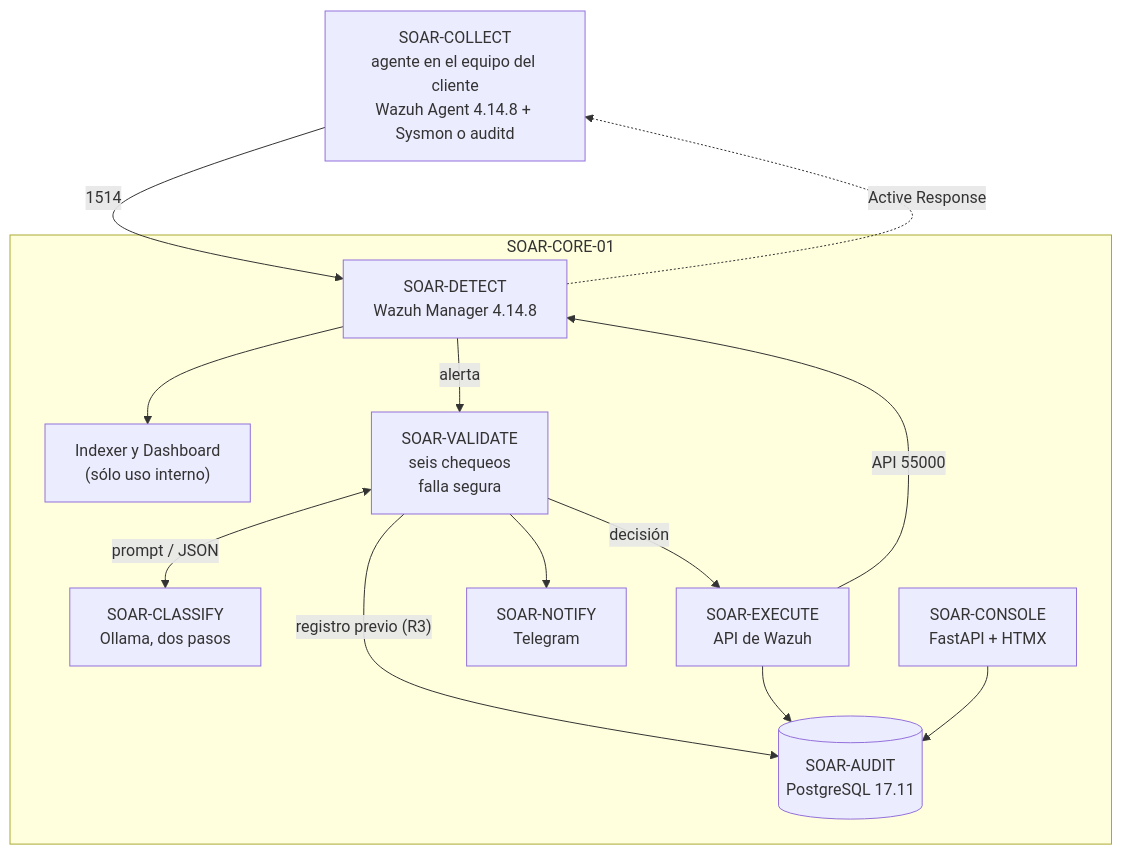
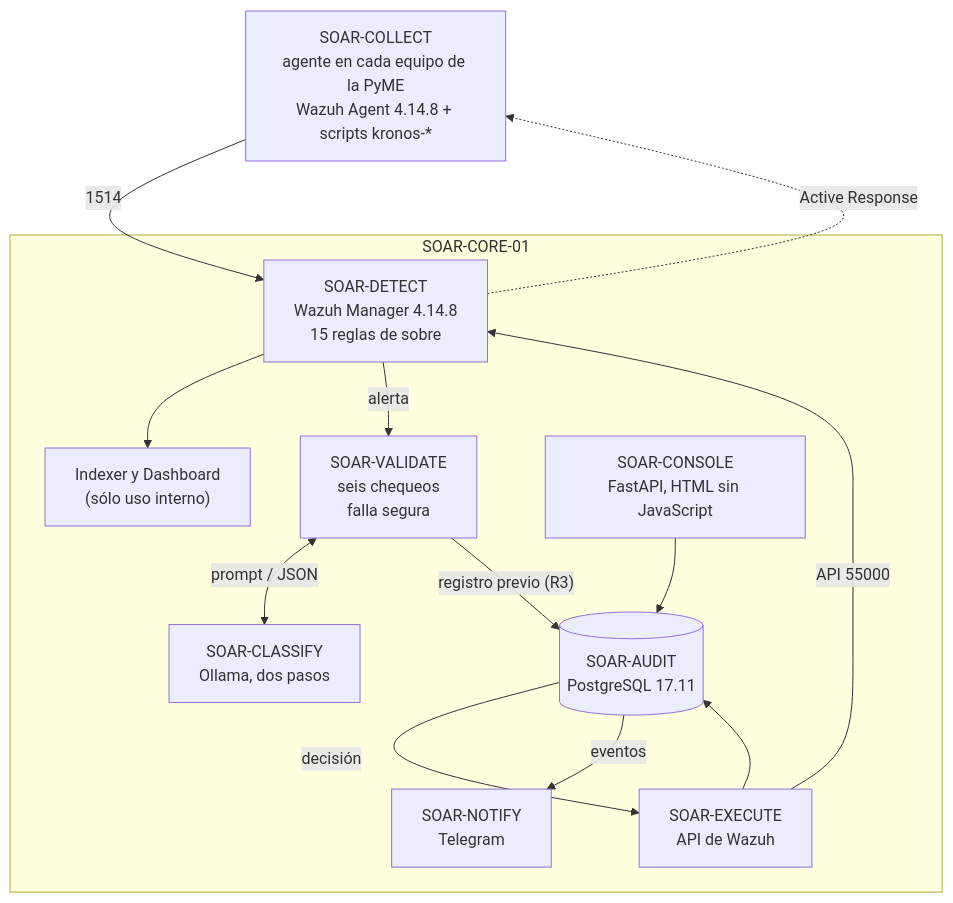
One commit to soaria186/kronos-ai changed the diagram in docs/diagramas/09_componentes.mmd. Above: the diagram before and after it, drawn with Mermaid. The commit also changed 28 other files, not shown here.

First line of the commit message:
docs(diagramas): al día con la v1.0 y el replanteamiento PyME

```diff
--- a/docs/diagramas/09_componentes.mmd
+++ b/docs/diagramas/09_componentes.mmd
@@ -1,23 +1,23 @@
 flowchart TB
-    COL["SOAR-COLLECT<br/>agente en el equipo del cliente<br/>Wazuh Agent 4.14.8 + Sysmon o auditd"]
+    COL["SOAR-COLLECT<br/>agente en cada equipo de la PyME<br/>Wazuh Agent 4.14.8 + scripts kronos-*"]
     subgraph NUBE["SOAR-CORE-01"]
-        DET["SOAR-DETECT<br/>Wazuh Manager 4.14.8"]
+        DET["SOAR-DETECT<br/>Wazuh Manager 4.14.8<br/>15 reglas de sobre"]
         IDX["Indexer y Dashboard<br/>(sólo uso interno)"]
         VAL["SOAR-VALIDATE<br/>seis chequeos<br/>falla segura"]
         CLA["SOAR-CLASSIFY<br/>Ollama, dos pasos"]
         EXE["SOAR-EXECUTE<br/>API de Wazuh"]
         AUD[("SOAR-AUDIT<br/>PostgreSQL 17.11")]
         NOT["SOAR-NOTIFY<br/>Telegram"]
-        CON["SOAR-CONSOLE<br/>FastAPI + HTMX"]
+        CON["SOAR-CONSOLE<br/>FastAPI, HTML sin JavaScript"]
     end
     COL -- "1514" --> DET
     DET --> IDX
     DET -- "alerta" --> VAL
     VAL <-- "prompt / JSON" --> CLA
     VAL -- "registro previo (R3)" --> AUD
-    VAL -- "decisión" --> EXE
-    VAL --> NOT
+    AUD -- "decisión" --> EXE
+    AUD -- "eventos" --> NOT
     EXE -- "API 55000" --> DET
     DET -. "Active Response" .-> COL
     EXE --> AUD
     CON --> AUD
```
